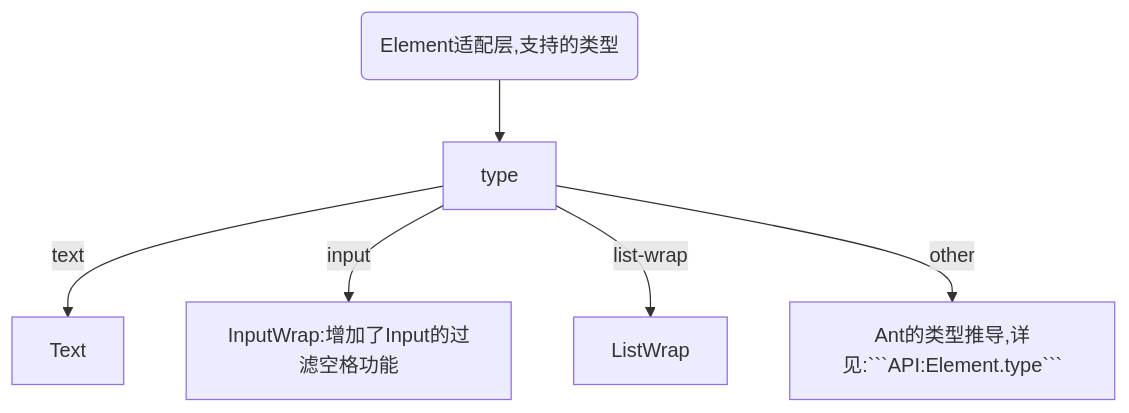
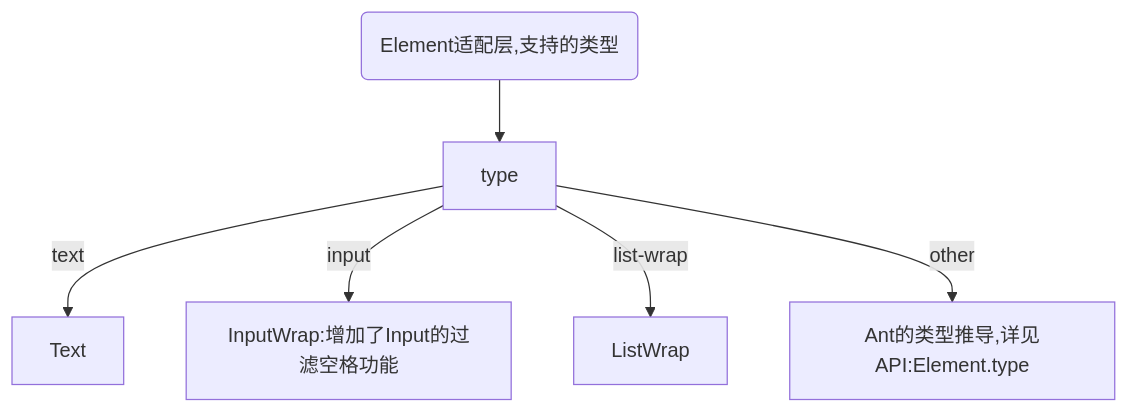
The second of 2 diagrams in README.md (ayiaq1/schema-form), drawn with Mermaid before and after one commit. The commit also changed other lines of this file and 16 other files, not shown here.

`````diff
--- a/README.md
+++ b/README.md
@@ -84,8 +84,8 @@
-````mermaid
+```mermaid
 graph TB
     Element(Element适配层,支持的类型) --> type[type]
     type --> |text| Text[Text]
     type --> |input| InputWrap[InputWrap:增加了Input的过滤空格功能]
     type --> |list-wrap| ListWrap[ListWrap]
-    type --> |other| Ant的类型推导,详见:```API:Element.type```
-````
+    type --> |other| Ant的类型推导,详见API:Element.type
+```
`````
